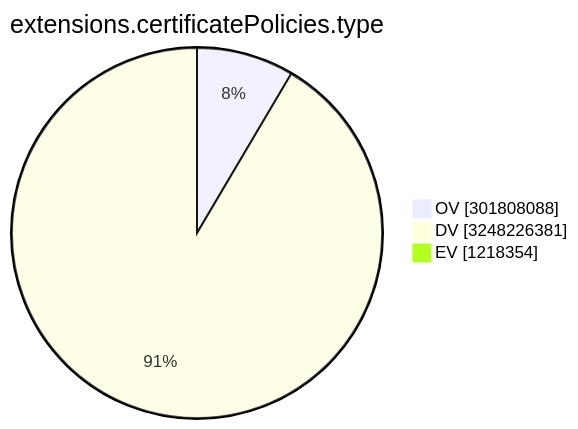
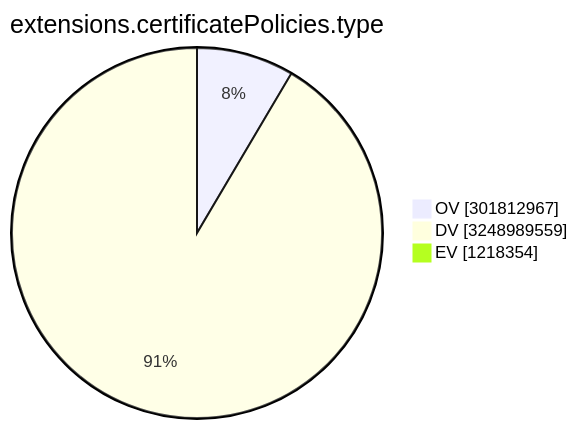
Before and after one commit to christiankrug/ctmonitor_visualization: the ninth of 15 diagrams in TOTAL/README.md, drawn with Mermaid. The commit also changed other lines of this file, not shown here.

````diff
--- a/TOTAL/README.md
+++ b/TOTAL/README.md
@@ -3107,7 +3107,7 @@
 ```mermaid
 pie showData
 title extensions.certificatePolicies.type
-"OV" :301808088
-"DV" :3248226381
+"OV" :301812967
+"DV" :3248989559
 "EV" :1218354
 ```
````
